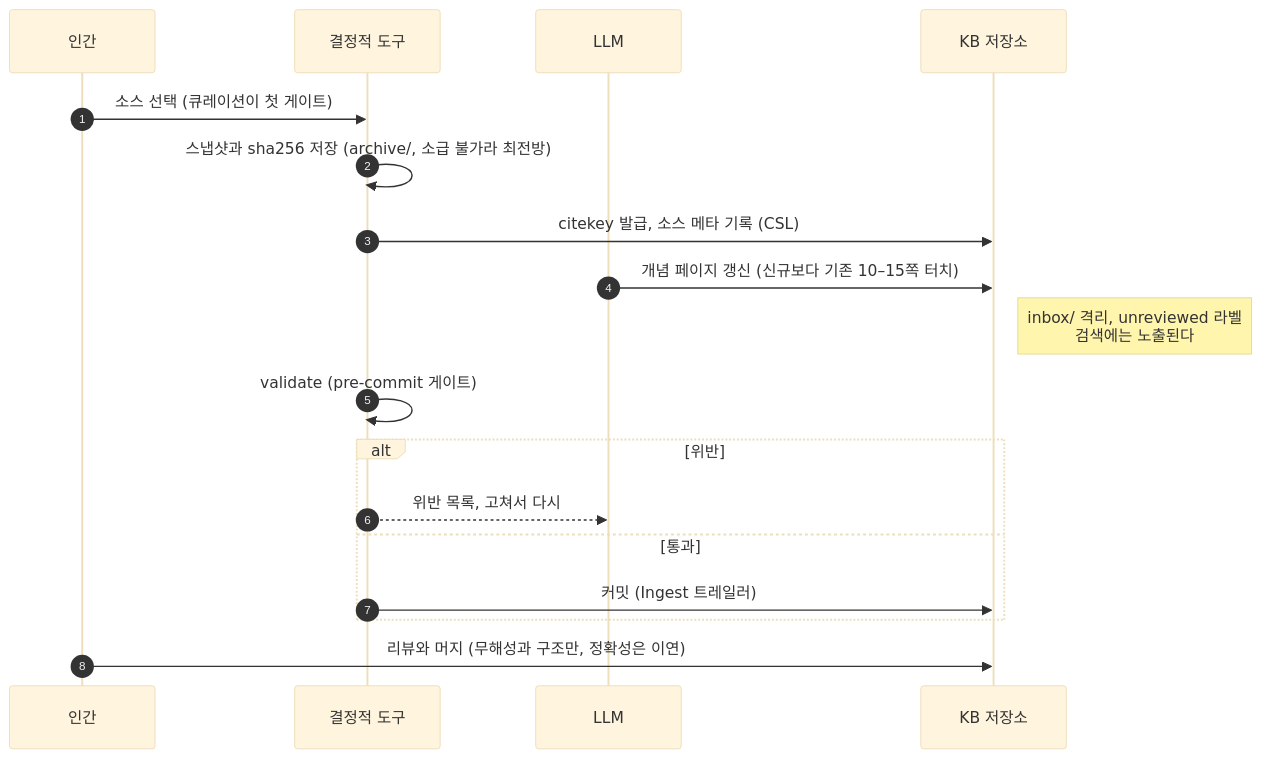
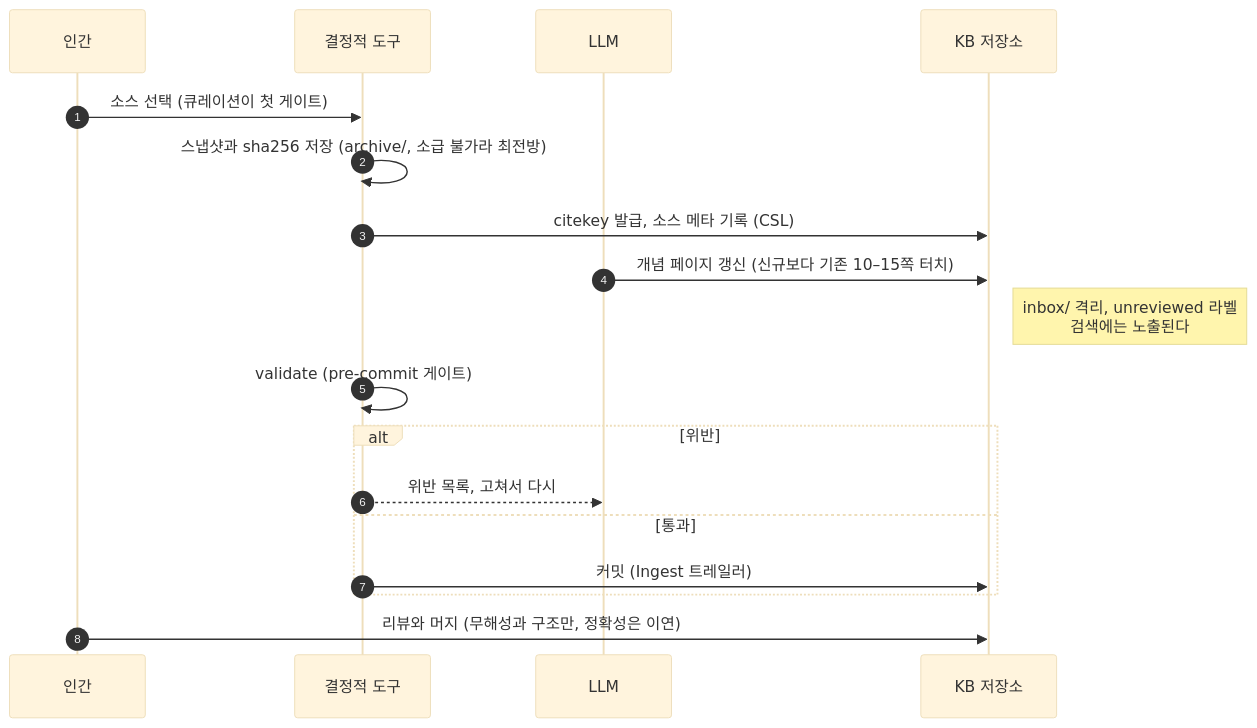
The second of 4 diagrams in README.md (alteralab/syntopicon), drawn with Mermaid (base theme) before and after one commit. The commit also changed other lines of this file, not shown here.

Commit message:
plan: 시퀀스 상자 폭 통일 — init 지시자로 두 그림 동일 값 고정
참여자 상자가 라벨 길이대로 제각각 늘어나 나란히 보면 어긋났다.

````diff
--- a/README.md
+++ b/README.md
@@ -42,21 +42,22 @@
 ```mermaid
+%%{init: {"sequence": {"width": 140, "boxMargin": 8}}}%%
 sequenceDiagram
     autonumber
     participant H as 인간
     participant T as 결정적 도구
     participant L as LLM
     participant K as KB 저장소
 
     H->>T: 소스 선택 (큐레이션이 첫 게이트)
     T->>T: 스냅샷과 sha256 저장 (archive/, 소급 불가라 최전방)
     T->>K: citekey 발급, 소스 메타 기록 (CSL)
     L->>K: 개념 페이지 갱신 (신규보다 기존 10–15쪽 터치)
     note right of K: inbox/ 격리, unreviewed 라벨<br/>검색에는 노출된다
     T->>T: validate (pre-commit 게이트)
     alt 위반
         T-->>L: 위반 목록, 고쳐서 다시
     else 통과
         T->>K: 커밋 (Ingest 트레일러)
     end
     H->>K: 리뷰와 머지 (무해성과 구조만, 정확성은 이연)
 ```
````
